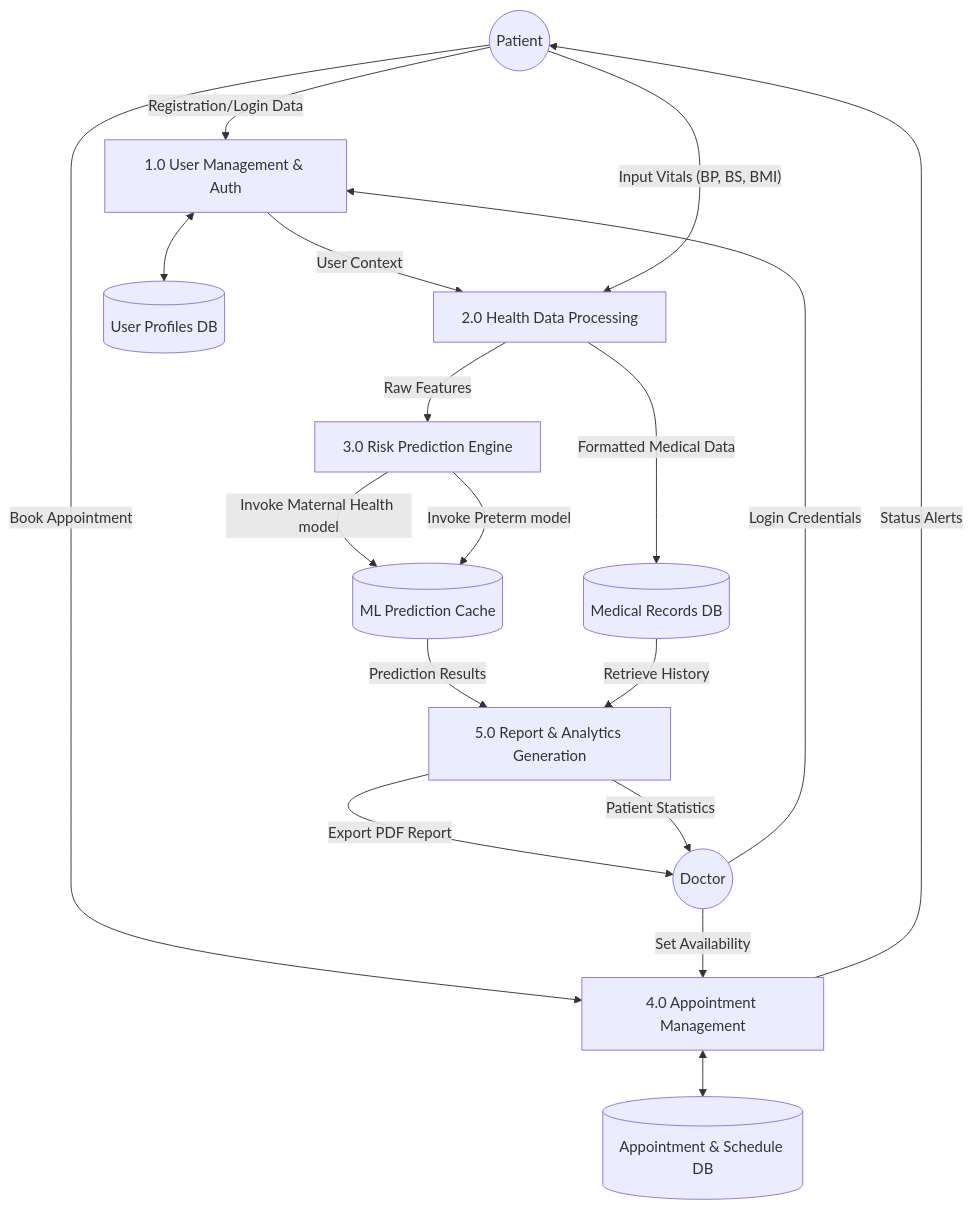
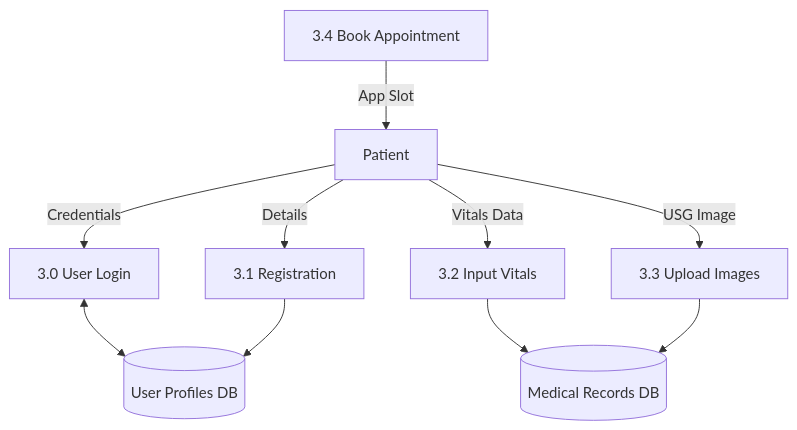
One commit to harishma-adarsh/Feetal_project changed the fifth of 7 diagrams in SYSTEM_SPECIFICATIONS.md. Above: the diagram before and after it, drawn with Mermaid. The commit also changed other lines of this file and 6 other files, not shown here.

````diff
--- a/SYSTEM_SPECIFICATIONS.md
+++ b/SYSTEM_SPECIFICATIONS.md
@@ -154,46 +218,17 @@
 ```mermaid
 graph TD
-    %% External Entities
-    Patient((Patient))
-    Doctor((Doctor))
-
-    %% Processes
-    P1[1.0 User Management & Auth]
-    P2[2.0 Health Data Processing]
-    P3[3.0 Risk Prediction Engine]
-    P4[4.0 Appointment Management]
-    P5[5.0 Report & Analytics Generation]
-
-    %% Data Stores
+    Patient[Patient]
+    P3_0[3.0 User Login]
+    P3_1[3.1 Registration]
+    P3_2[3.2 Input Vitals]
+    P3_3[3.3 Upload Images]
+    P3_4[3.4 Book Appointment]
     D1[(User Profiles DB)]
     D2[(Medical Records DB)]
-    D3[(Appointment & Schedule DB)]
-    D4[(ML Prediction Cache)]
 
-    %% Logic Flows for Process 1.0
-    Patient -- "Registration/Login Data" --> P1
-    Doctor -- "Login Credentials" --> P1
-    P1 <--> D1
-    P1 -- "User Context" --> P2
-
-    %% Logic Flows for Process 2.0
-    Patient -- "Input Vitals (BP, BS, BMI)" --> P2
-    P2 -- "Formatted Medical Data" --> D2
-    P2 -- "Raw Features" --> P3
-
-    %% Logic Flows for Process 3.0
-    P3 -- "Invoke Maternal Health model" --> D4
-    P3 -- "Invoke Preterm model" --> D4
-    D4 -- "Prediction Results" --> P5
-
-    %% Logic Flows for Process 4.0
-    Patient -- "Book Appointment" --> P4
-    Doctor -- "Set Availability" --> P4
-    P4 <--> D3
-    P4 -- "Status Alerts" --> Patient
-
-    %% Logic Flows for Process 5.0
-    D2 -- "Retrieve History" --> P5
-    P5 -- "Export PDF Report" --> Doctor
-    P5 -- "Patient Statistics" --> Doctor
+    Patient -- "Credentials" --> P3_0 <--> D1
+    Patient -- "Details" --> P3_1 --> D1
+    Patient -- "Vitals Data" --> P3_2 --> D2
+    Patient -- "USG Image" --> P3_3 --> D2
+    P3_4 -- "App Slot" --> Patient
 ```
````
